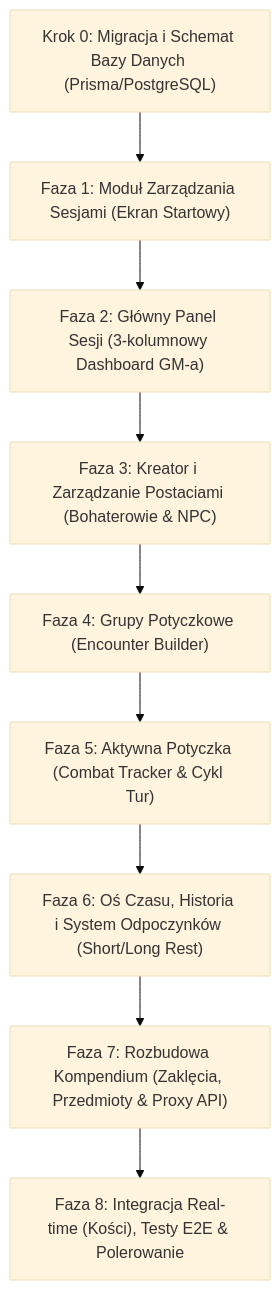
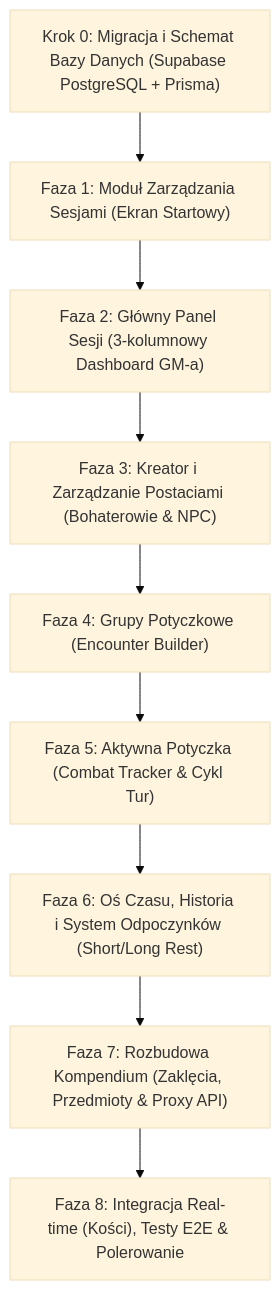
Before and after one commit to LukaszKosobucki/table-ops: the diagram in PLAN.md, drawn with Mermaid (base theme). The commit also changed other lines of this file and 50 other files, not shown here.

````diff
--- a/PLAN.md
+++ b/PLAN.md
@@ -30,21 +30,21 @@
 ```mermaid
 flowchart TD
-    K0["Krok 0: Migracja i Schemat Bazy Danych (Prisma/PostgreSQL)"]
+    K0["Krok 0: Migracja i Schemat Bazy Danych (Supabase PostgreSQL + Prisma)"]
     F1["Faza 1: Moduł Zarządzania Sesjami (Ekran Startowy)"]
     F2["Faza 2: Główny Panel Sesji (3-kolumnowy Dashboard GM-a)"]
     F3["Faza 3: Kreator i Zarządzanie Postaciami (Bohaterowie & NPC)"]
     F4["Faza 4: Grupy Potyczkowe (Encounter Builder)"]
     F5["Faza 5: Aktywna Potyczka (Combat Tracker & Cykl Tur)"]
     F6["Faza 6: Oś Czasu, Historia i System Odpoczynków (Short/Long Rest)"]
     F7["Faza 7: Rozbudowa Kompendium (Zaklęcia, Przedmioty & Proxy API)"]
     F8["Faza 8: Integracja Real-time (Kości), Testy E2E & Polerowanie"]
 
     K0 --> F1
     F1 --> F2
     F2 --> F3
     F3 --> F4
     F4 --> F5
     F5 --> F6
     F6 --> F7
     F7 --> F8
 ```
````
